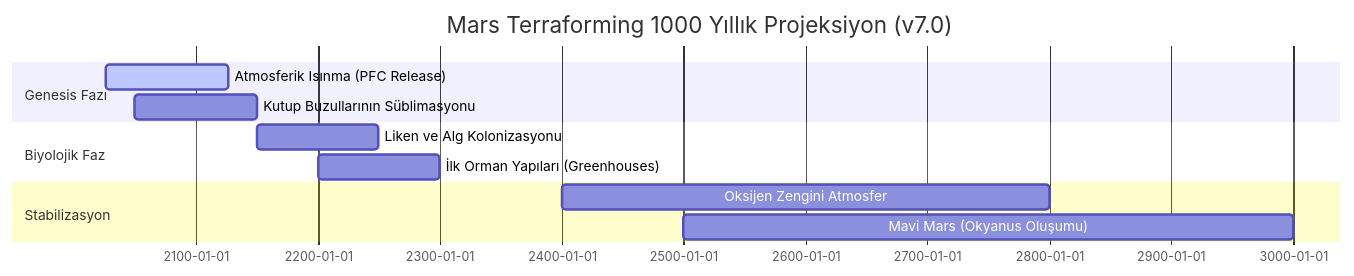
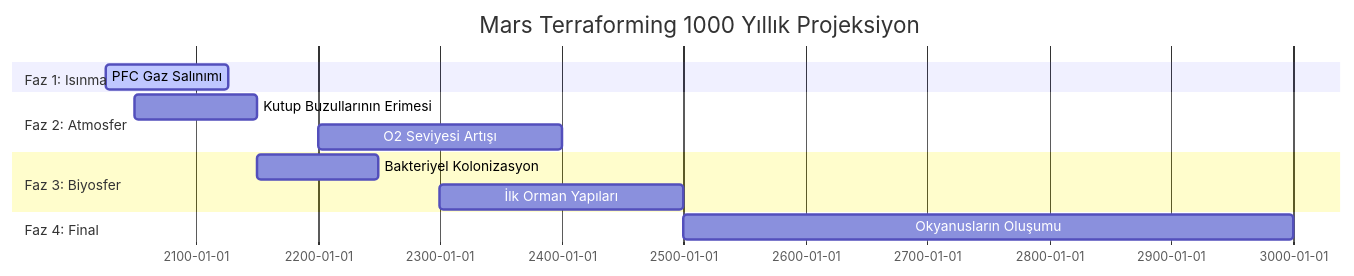
Before and after one commit to arch-yunus/RedPlanet-Autonomous-Habitat: the second of 2 diagrams in README.md, drawn with Mermaid. The commit also changed other lines of this file, not shown here.

Commit message:
Technical Encyclopedia v8.0 FINAL: Scientific Deep-Dives, Algorithm Flows, and Mega-Enriched Handbook

````diff
--- a/README.md
+++ b/README.md
@@ -33,14 +86,15 @@
 ```mermaid
 gantt
-    title Mars Terraforming 1000 Yıllık Projeksiyon (v7.0)
+    title Mars Terraforming 1000 Yıllık Projeksiyon
     dateFormat  YYYY
-    section Genesis Fazı
-    Atmosferik Isınma (PFC Release) :active, 2026, 2126
-    Kutup Buzullarının Süblimasyonu : 2050, 2150
-    section Biyolojik Faz
-    Liken ve Alg Kolonizasyonu    : 2150, 2250
-    İlk Orman Yapıları (Greenhouses) : 2200, 2300
-    section Stabilizasyon
-    Oksijen Zengini Atmosfer      : 2400, 2800
-    Mavi Mars (Okyanus Oluşumu)   : 2500, 3000
+    section Faz 1: Isınma
+    PFC Gaz Salınımı :active, 2026, 2126
+    section Faz 2: Atmosfer
+    Kutup Buzullarının Erimesi : 2050, 2150
+    O2 Seviyesi Artışı : 2200, 2400
+    section Faz 3: Biyosfer
+    Bakteriyel Kolonizasyon : 2150, 2250
+    İlk Orman Yapıları : 2300, 2500
+    section Faz 4: Final
+    Okyanusların Oluşumu : 2500, 3000
 ```
````
